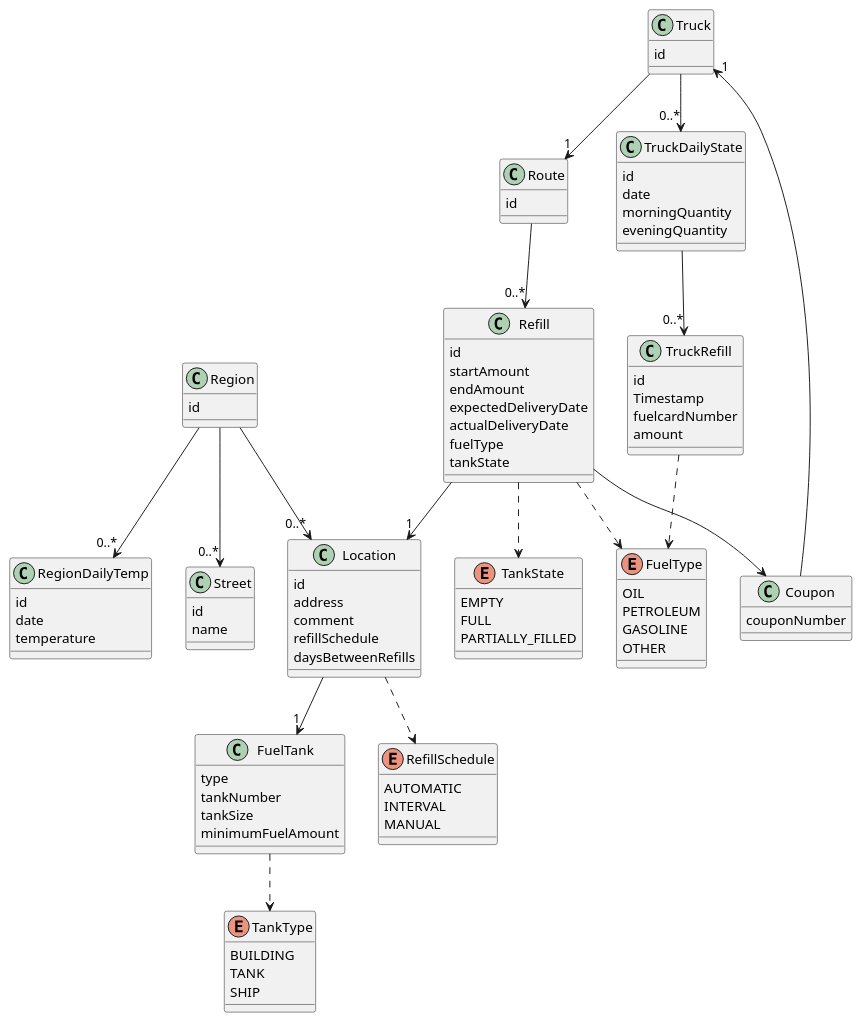
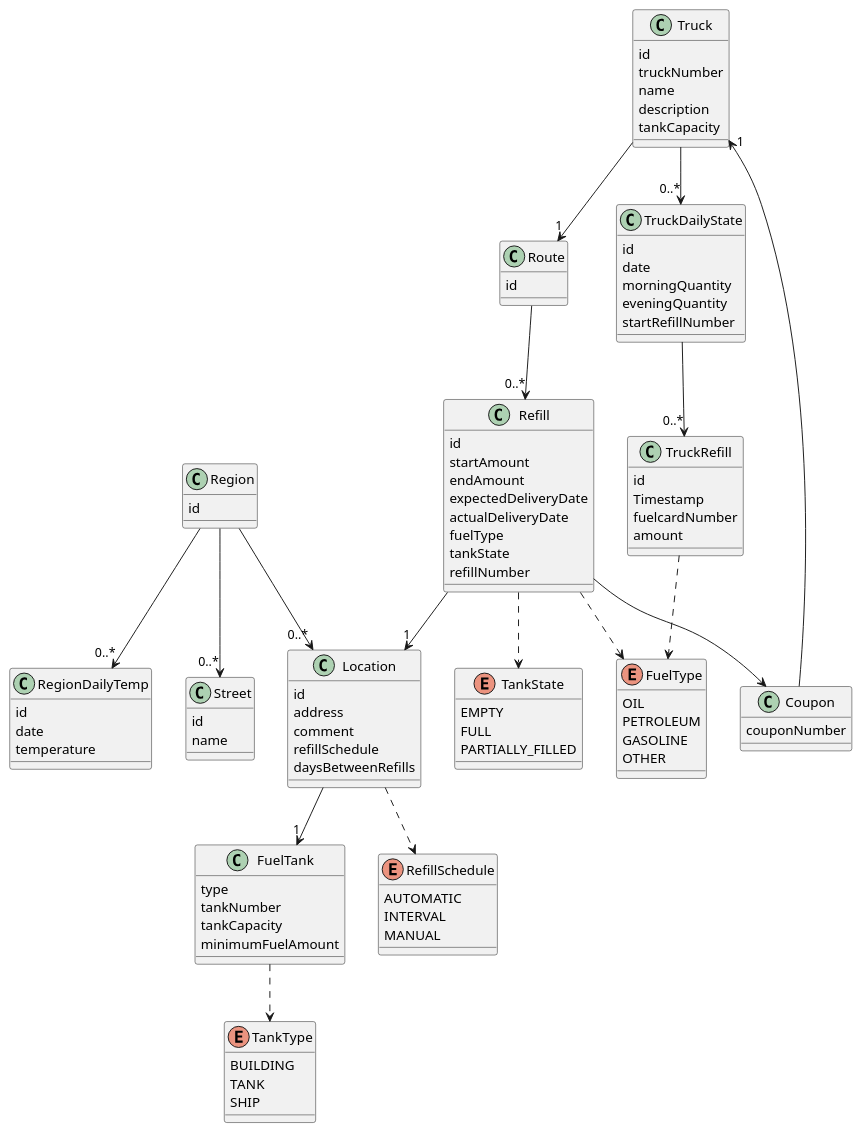
One commit to IT-Minds/client_comby_oilcontrols changed the diagram in docs/entity-datamodel.md. Above: the diagram before and after it, drawn with PlantUML. The commit also changed 2 other files, not shown here.

Commit message:
made the initial changes to the datamodel still need to do the migration - will do this after we have agreed upon the DM.

```diff
--- a/docs/entity-datamodel.md
+++ b/docs/entity-datamodel.md
@@ -6,6 +6,10 @@
 @startuml
 class Truck {
   id
+  truckNumber
+  name
+  description
+  tankCapacity
 }
 
 class Route {
@@ -23,7 +27,7 @@
 class FuelTank {
   type
   tankNumber
-  tankSize
+  tankCapacity
   minimumFuelAmount
 }
 
@@ -35,6 +39,7 @@
   actualDeliveryDate
   fuelType
   tankState
+  refillNumber
 }
 
 class Region {
@@ -52,6 +57,7 @@
   date
   morningQuantity
   eveningQuantity
+  startRefillNumber
 }
 
 class TruckRefill {
```
